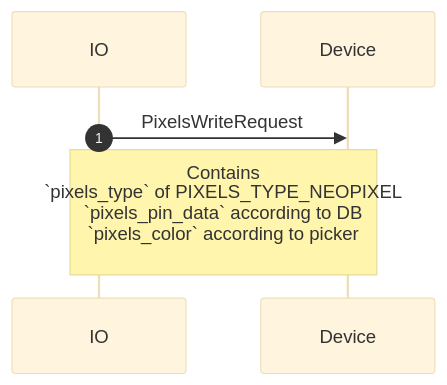
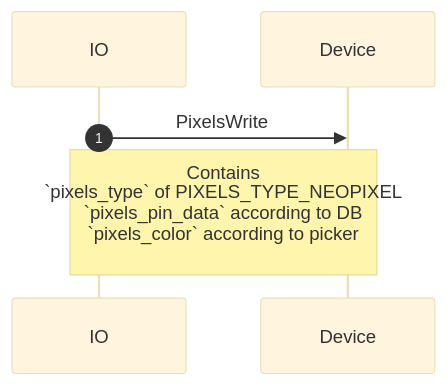
The second of 10 diagrams in proto/wippersnapper/docs/pixels.md (adafruit/Wippersnapper_Protobuf), drawn with Mermaid (base theme) before and after one commit. The commit also changed other lines of this file and 6 other files, not shown here.

````diff
--- a/proto/wippersnapper/docs/pixels.md
+++ b/proto/wippersnapper/docs/pixels.md
@@ -26,6 +26,6 @@
 ```mermaid
 sequenceDiagram
 autonumber
-IO->>Device: PixelsWriteRequest
+IO->>Device: PixelsWrite
 Note over IO, Device: Contains<br> `pixels_type` of PIXELS_TYPE_NEOPIXEL<br>`pixels_pin_data` according to DB<br>`pixels_color` according to picker<br>
 ```
````
